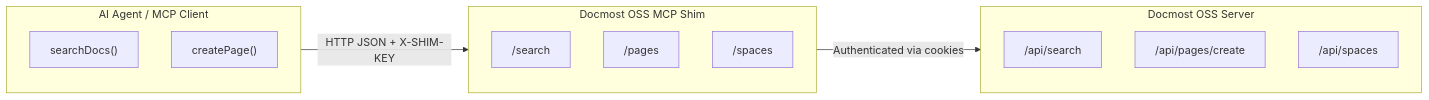
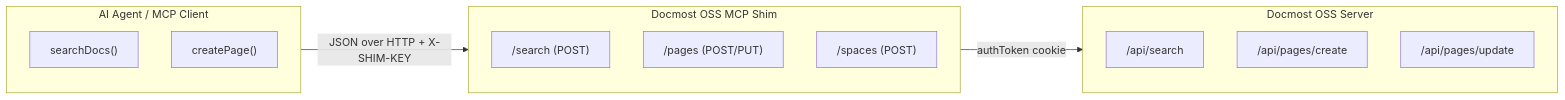
The diagram in README.md (dJPoida/docmost-oss-mcp-shim), drawn with Mermaid before and after one commit. The commit also changed other lines of this file and 4 other files, not shown here.

````diff
--- a/README.md
+++ b/README.md
@@ -164,22 +185,22 @@
 ```mermaid
 flowchart LR
   subgraph A[AI Agent / MCP Client]
     X1["searchDocs()"]
     X2["createPage()"]
   end
 
   subgraph B[Docmost OSS MCP Shim]
-    S1["/search"]
-    S2["/pages"]
-    S3["/spaces"]
+    S1["/search (POST)"]
+    S2["/pages (POST/PUT)"]
+    S3["/spaces (POST)"]
   end
 
   subgraph C[Docmost OSS Server]
     D1["/api/search"]
     D2["/api/pages/create"]
-    D3["/api/spaces"]
+    D3["/api/pages/update"]
   end
 
-  A -->|HTTP JSON + X-SHIM-KEY| B
-  B -->|Authenticated via cookies| C
+  A -->|JSON over HTTP + X-SHIM-KEY| B
+  B -->|authToken cookie| C
 ```
````
